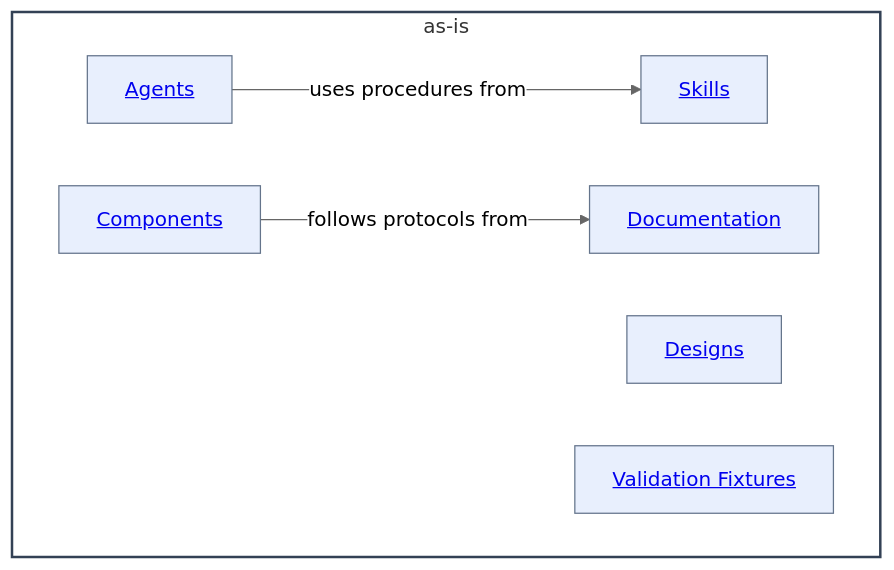
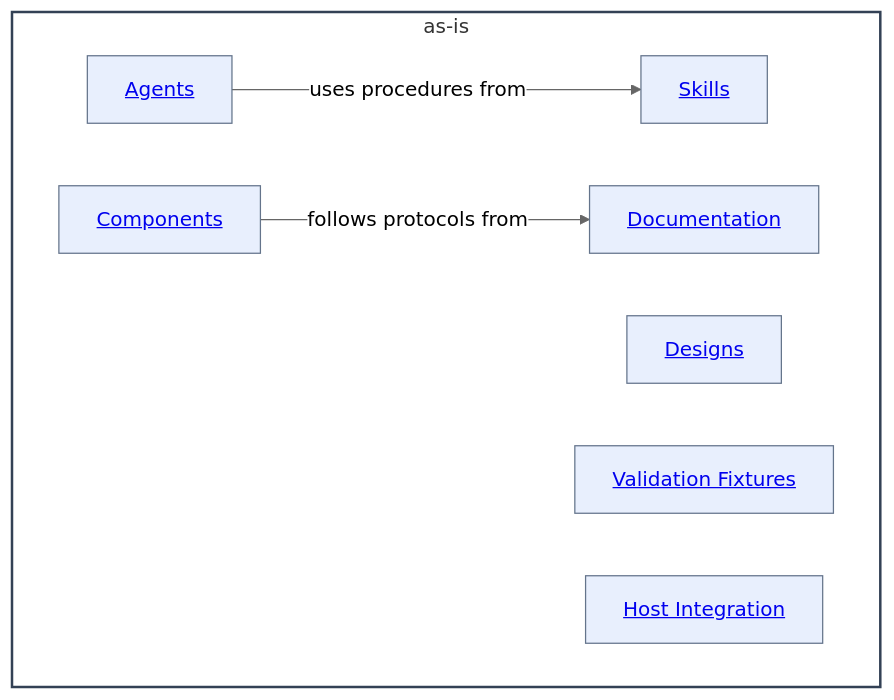
Before and after one commit to abstract-business-systems/as-is: the diagram in as-is.md, drawn with Mermaid (neutral theme). The commit also changed other lines of this file and 5 other files, not shown here.

Commit message:
docs(host): establish integration context

````diff
--- a/as-is.md
+++ b/as-is.md
@@ -39,19 +40,20 @@
 ```mermaid
 %%{init: {"securityLevel": "loose"}}%%
 flowchart LR
     subgraph Root["as-is"]
         direction LR
         Agents["<a href='./agents/as-is.md#design'>Agents</a>"]
         Designs["<a href='./designs/as-is.md#design'>Designs</a>"]
         Skills["<a href='./skills/as-is.md#design'>Skills</a>"]
         Components["<a href='./components/as-is.md#design'>Components</a>"]
         Documentation["<a href='./docs/as-is.md#design'>Documentation</a>"]
         Fixtures["<a href='./validation-fixtures/as-is.md#design'>Validation Fixtures</a>"]
+        HostIntegration["<a href='./host-integration/as-is.md#design'>Host Integration</a>"]
         Agents -->|uses procedures from| Skills
         Components -->|follows protocols from| Documentation
     end
     classDef component fill:#f8fafc,fill-opacity:0.1,stroke:#334155,stroke-width:2px
     classDef child fill:#2563eb,fill-opacity:0.1,stroke:#64748b,stroke-width:1px
     class Root component
-    class Agents,Designs,Skills,Components,Documentation,Fixtures child
+    class Agents,Designs,Skills,Components,Documentation,Fixtures,HostIntegration child
 ```
````
